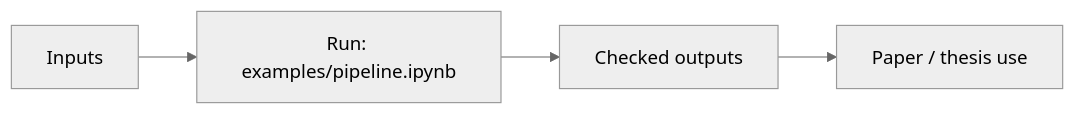
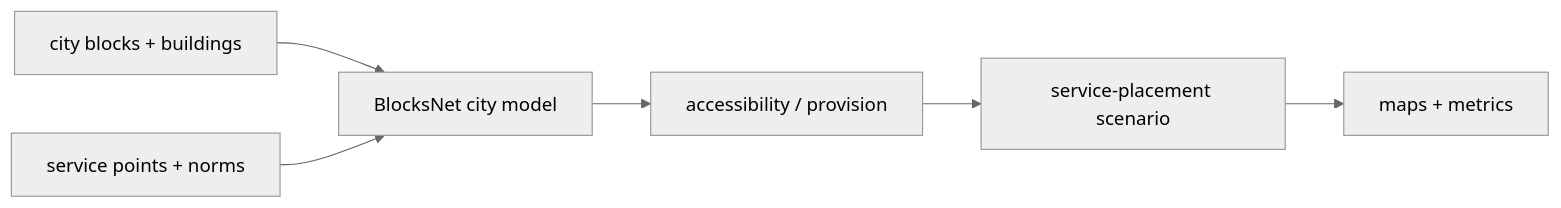
Before and after one commit to GeorgeKontsevik/blocksnet: the diagram in README.md, drawn with Mermaid (neutral theme). The commit also changed other lines of this file, not shown here.

Commit message:
Improve README diagrams and project descriptions

````diff
--- a/README.md
+++ b/README.md
@@ -7,6 +7,8 @@
 ```mermaid
 flowchart LR
-    A[Inputs] --> B[Run: examples/pipeline.ipynb]
-    B --> C[Checked outputs]
-    C --> D[Paper / thesis use]
+    CITY[city blocks + buildings] --> MODEL[BlocksNet city model]
+    SERVICES[service points + norms] --> MODEL
+    MODEL --> ACCESS[accessibility / provision]
+    ACCESS --> SCENARIO[service-placement scenario]
+    SCENARIO --> REPORT[maps + metrics]
 ```
````
